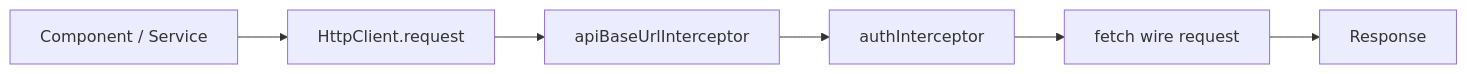
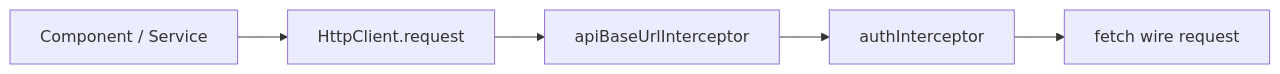
One commit to Dockdep/LessonHub changed the second of 2 diagrams in diagrams/frontend/02-routing.md. Above: the diagram before and after it, drawn with Mermaid. The commit also changed other lines of this file and 36 other files, not shown here.

````diff
--- a/diagrams/frontend/02-routing.md
+++ b/diagrams/frontend/02-routing.md
@@ -87,11 +57,10 @@
 ```mermaid
 flowchart LR
   src[Component / Service]
   req[HttpClient.request]
   ai[apiBaseUrlInterceptor]
   authi[authInterceptor]
   http[fetch wire request]
-  res[Response]
 
-  src --> req --> ai --> authi --> http --> res
+  src --> req --> ai --> authi --> http
 ```
````
